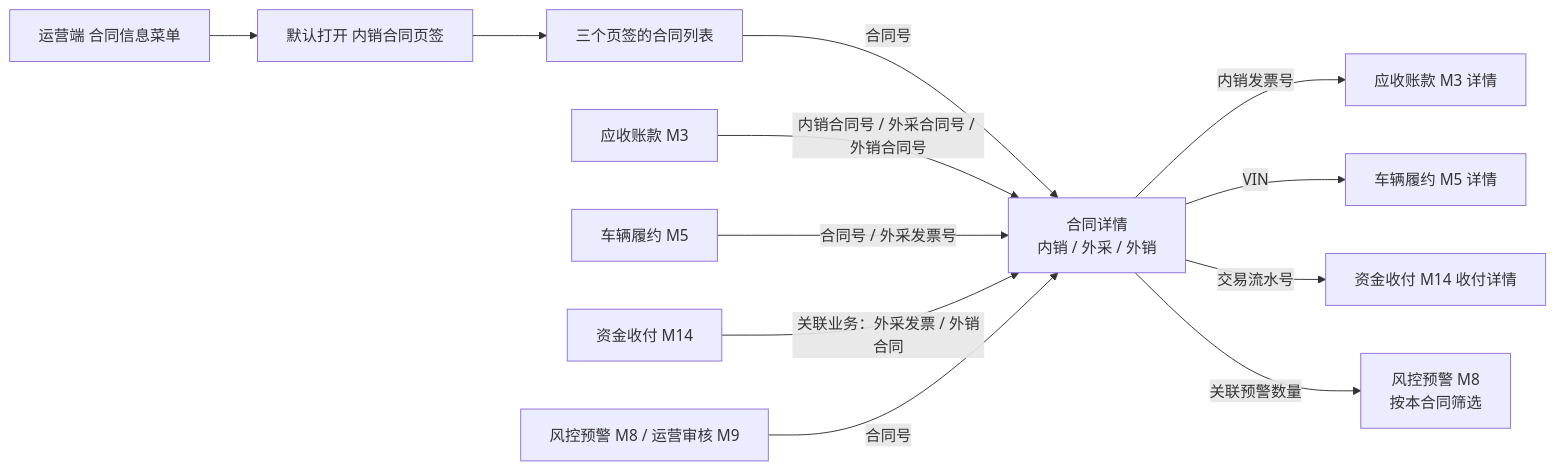
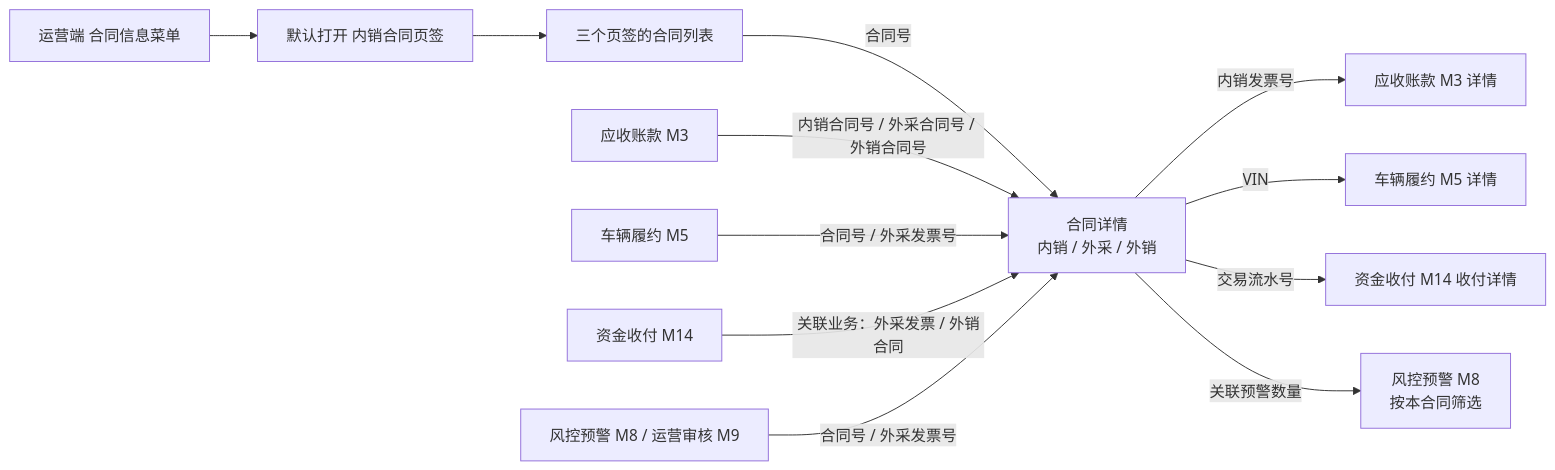
One commit to wxblockchain/Chain-Financing changed the first of 3 diagrams in asset-trust-platform/PRD/运营端/M4-合同信息/02-合同信息-流程图与状态机.md. Above: the diagram before and after it, drawn with Mermaid. The commit also changed other lines of this file and 3 other files, not shown here.

````diff
--- a/asset-trust-platform/PRD/运营端/M4-合同信息/02-合同信息-流程图与状态机.md
+++ b/asset-trust-platform/PRD/运营端/M4-合同信息/02-合同信息-流程图与状态机.md
@@ -16,14 +16,14 @@
 ```mermaid
 flowchart LR
     MENU[运营端 合同信息菜单] --> TAB[默认打开 内销合同页签]
     TAB --> LIST[三个页签的合同列表]
     LIST -- 合同号 --> D[合同详情<br/>内销 / 外采 / 外销]
     M3[应收账款 M3] -- 内销合同号 / 外采合同号 / 外销合同号 --> D
     M5[车辆履约 M5] -- 合同号 / 外采发票号 --> D
     M14[资金收付 M14] -- 关联业务：外采发票 / 外销合同 --> D
-    M8[风控预警 M8 / 运营审核 M9] -- 合同号 --> D
+    M8[风控预警 M8 / 运营审核 M9] -- 合同号 / 外采发票号 --> D
     D -- 内销发票号 --> AR[应收账款 M3 详情]
     D -- VIN --> V[车辆履约 M5 详情]
     D -- 交易流水号 --> F[资金收付 M14 收付详情]
     D -- 关联预警数量 --> W[风控预警 M8<br/>按本合同筛选]
 ```
````
